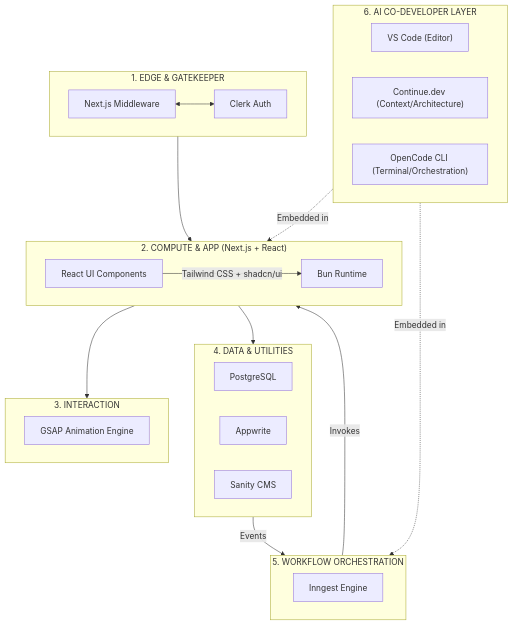
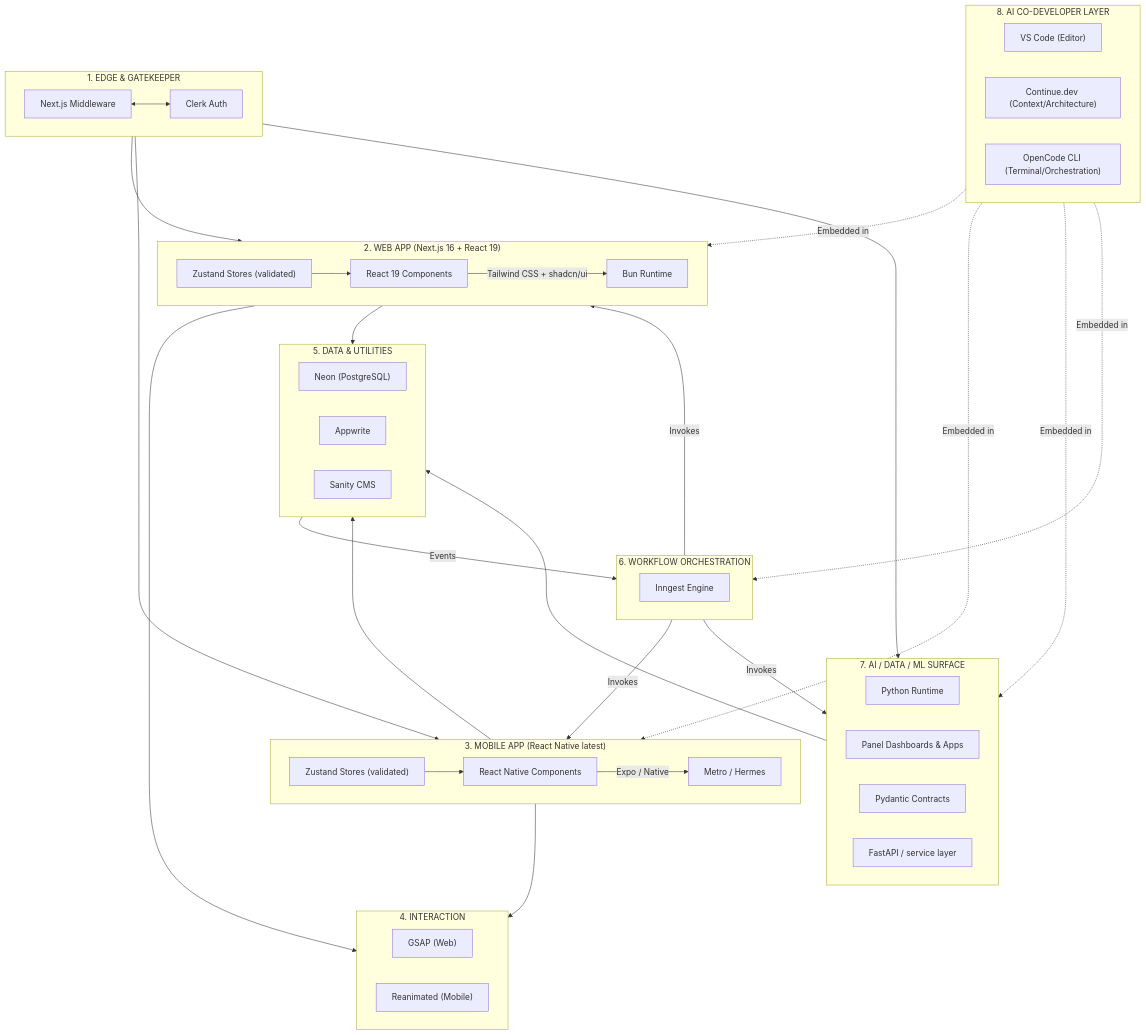
One commit to seanwhs/Plans changed the diagram in Technical-Stack/My-Tech-Stack.md. Above: the diagram before and after it, drawn with Mermaid. The commit also changed other lines of this file, not shown here.

````diff
--- a/Technical-Stack/My-Tech-Stack.md
+++ b/Technical-Stack/My-Tech-Stack.md
@@ -27,33 +29,61 @@
 ```mermaid
 flowchart TB
     subgraph EDGE["1. EDGE & GATEKEEPER"]
         M["Next.js Middleware"] <--> C["Clerk Auth"]
     end
-    subgraph CL["2. COMPUTE & APP (Next.js + React)"]
-        A["React UI Components"] -->|Tailwind CSS + shadcn/ui| B["Bun Runtime"]
+
+    subgraph WEB["2. WEB APP (Next.js 16 + React 19)"]
+        WA["React 19 Components"] -->|Tailwind CSS + shadcn/ui| WB["Bun Runtime"]
+        WZ["Zustand Stores (validated)"] --> WA
     end
-    subgraph MOTION["3. INTERACTION"]
-        GS["GSAP Animation Engine"]
+
+    subgraph MOBILE["3. MOBILE APP (React Native latest)"]
+        MA["React Native Components"] -->|Expo / Native| MB["Metro / Hermes"]
+        MZ["Zustand Stores (validated)"] --> MA
     end
-    subgraph DATA["4. DATA & UTILITIES"]
-        E["PostgreSQL"]
+
+    subgraph MOTION["4. INTERACTION"]
+        GS["GSAP (Web)"]
+        RN["Reanimated (Mobile)"]
+    end
+
+    subgraph DATA["5. DATA & UTILITIES"]
+        E["Neon (PostgreSQL)"]
         D["Appwrite"]
         F["Sanity CMS"]
     end
-    subgraph ORCH["5. WORKFLOW ORCHESTRATION"]
+
+    subgraph ORCH["6. WORKFLOW ORCHESTRATION"]
         G["Inngest Engine"]
     end
-    subgraph AI["6. AI CO-DEVELOPER LAYER"]
+
+    subgraph ML["7. AI / DATA / ML SURFACE"]
+        PY["Python Runtime"]
+        PN["Panel Dashboards & Apps"]
+        PD["Pydantic Contracts"]
+        FA["FastAPI / service layer"]
+    end
+
+    subgraph AI["8. AI CO-DEVELOPER LAYER"]
         VS["VS Code (Editor)"]
         Cont["Continue.dev (Context/Architecture)"]
         Open["OpenCode CLI (Terminal/Orchestration)"]
     end
-    EDGE --> CL
-    CL --> MOTION
-    CL --> DATA
+
+    EDGE --> WEB
+    EDGE --> MOBILE
+    EDGE --> ML
+    WEB --> MOTION
+    MOBILE --> MOTION
+    WEB --> DATA
+    MOBILE --> DATA
+    ML --> DATA
     DATA -->|"Events"| ORCH
-    ORCH -->|"Invokes"| CL
-    AI -.->|"Embedded in"| CL
+    ORCH -->|"Invokes"| WEB
+    ORCH -->|"Invokes"| MOBILE
+    ORCH -->|"Invokes"| ML
+    AI -.->|"Embedded in"| WEB
+    AI -.->|"Embedded in"| MOBILE
+    AI -.->|"Embedded in"| ML
     AI -.->|"Embedded in"| ORCH
-
 ```
````
